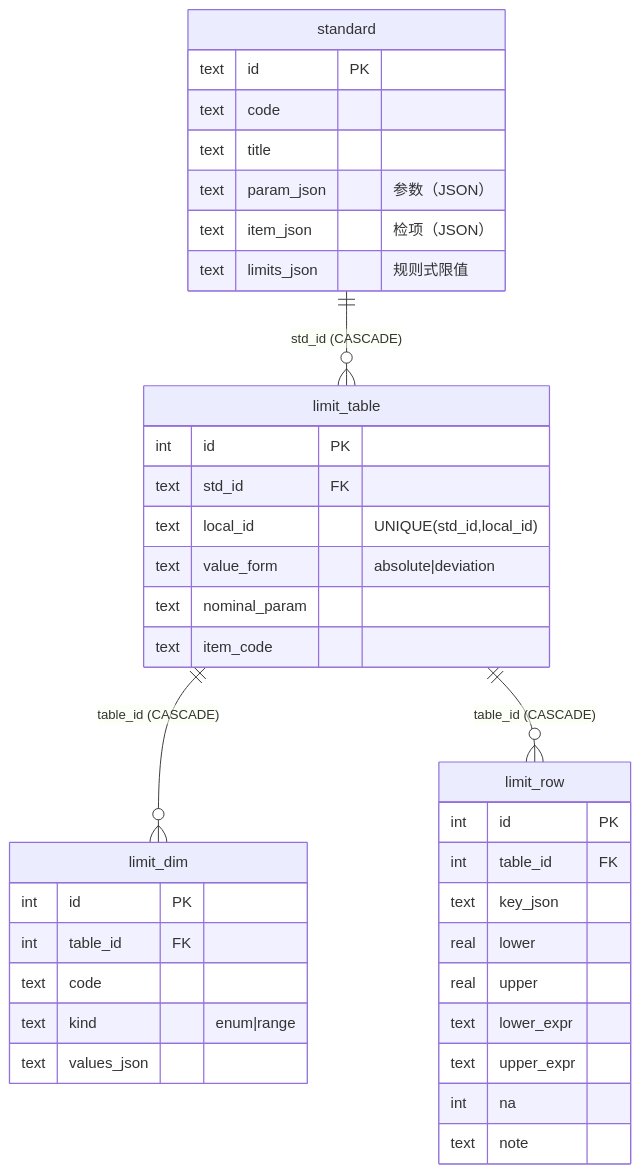
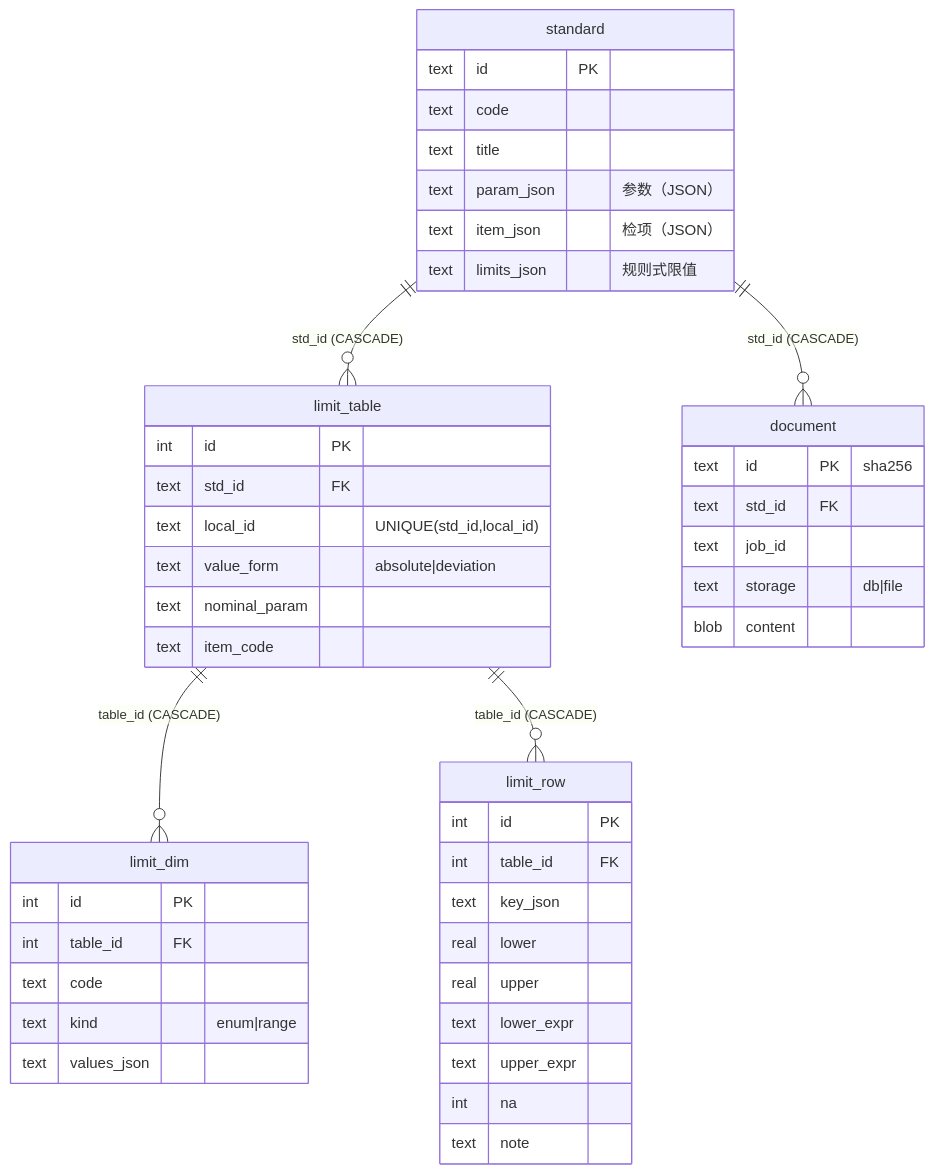
Before and after one commit to jxtanchris/product-standard-workbench: the diagram in docs/schema.md, drawn with Mermaid. The commit also changed other lines of this file and 10 other files, not shown here.

````diff
--- a/docs/schema.md
+++ b/docs/schema.md
@@ -125,41 +150,49 @@
 ```mermaid
 erDiagram
     standard ||--o{ limit_table : "std_id (CASCADE)"
     limit_table ||--o{ limit_dim  : "table_id (CASCADE)"
     limit_table ||--o{ limit_row  : "table_id (CASCADE)"
+    standard ||--o{ document      : "std_id (CASCADE)"
 
     standard {
         text id PK
         text code
         text title
         text param_json "参数（JSON）"
         text item_json  "检项（JSON）"
         text limits_json "规则式限值"
     }
     limit_table {
         int  id PK
         text std_id FK
         text local_id "UNIQUE(std_id,local_id)"
         text value_form "absolute|deviation"
         text nominal_param
         text item_code
     }
     limit_dim {
         int  id PK
         int  table_id FK
         text code
         text kind "enum|range"
         text values_json
     }
+    document {
+        text id PK "sha256"
+        text std_id FK
+        text job_id
+        text storage "db|file"
+        blob content
+    }
     limit_row {
         int  id PK
         int  table_id FK
         text key_json
         real lower
         real upper
         text lower_expr
         text upper_expr
         int  na
         text note
     }
 ```
````
